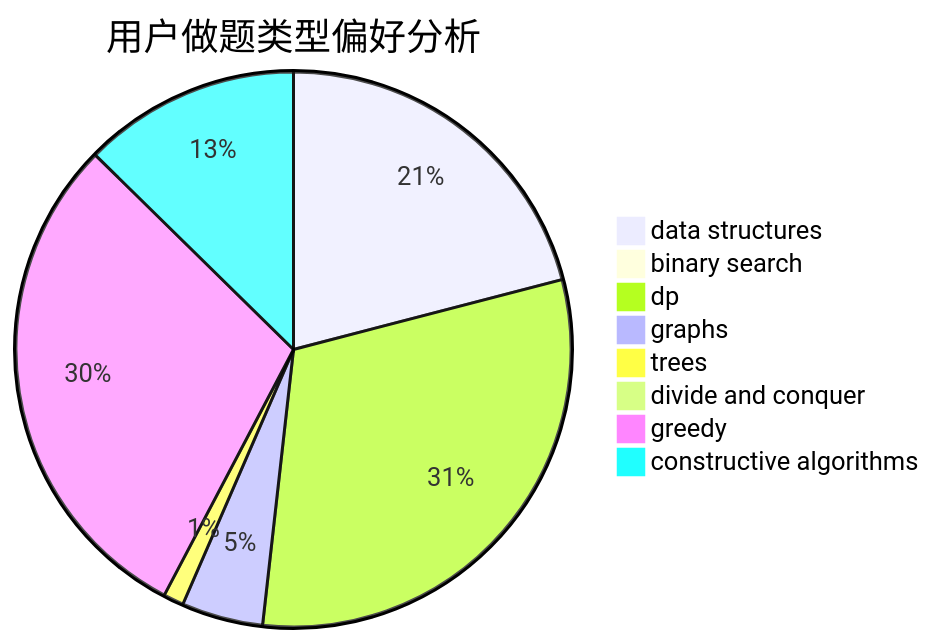
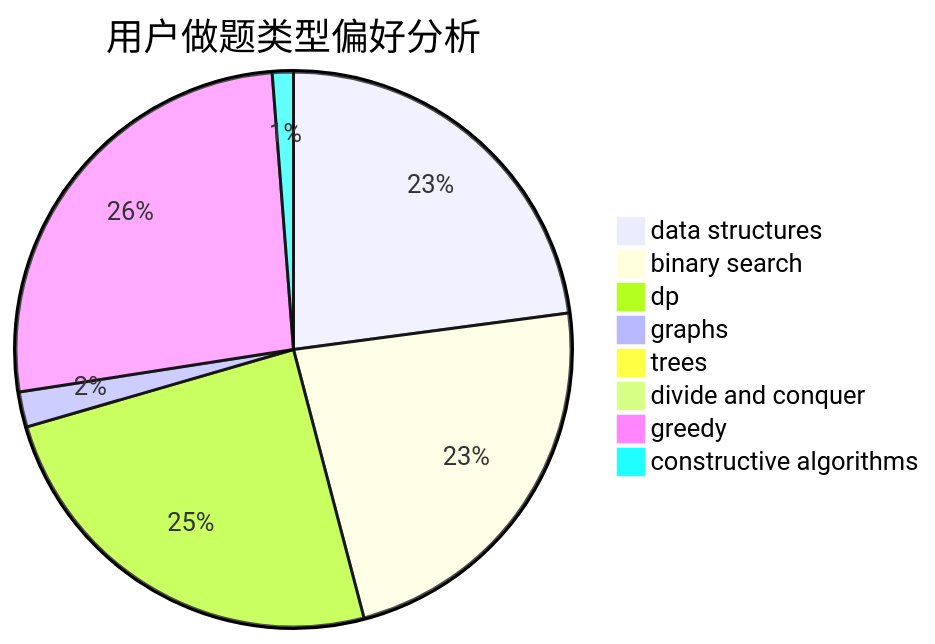
Before and after one commit to sherpahu/cfrs.github.io: the second of 3 diagrams in docs/user/u1175.md, drawn with Mermaid. The commit also changed other lines of this file and 2770 other files, not shown here.

````diff
--- a/docs/user/u1175.md
+++ b/docs/user/u1175.md
@@ -23,11 +23,11 @@
 ```mermaid
 pie title 用户做题类型偏好分析
-    "data structures" :  53
-    "binary search" :  0
-    "dp" :  78
-    "graphs" :  12
-    "trees" :  3
+    "data structures" :  392
+    "binary search" :  394
+    "dp" :  421
+    "graphs" :  35
+    "trees" :  0
     "divide and conquer" :  0
-    "greedy" :  75
-    "constructive algorithms" :  32
+    "greedy" :  449
+    "constructive algorithms" :  21
 ```
````
